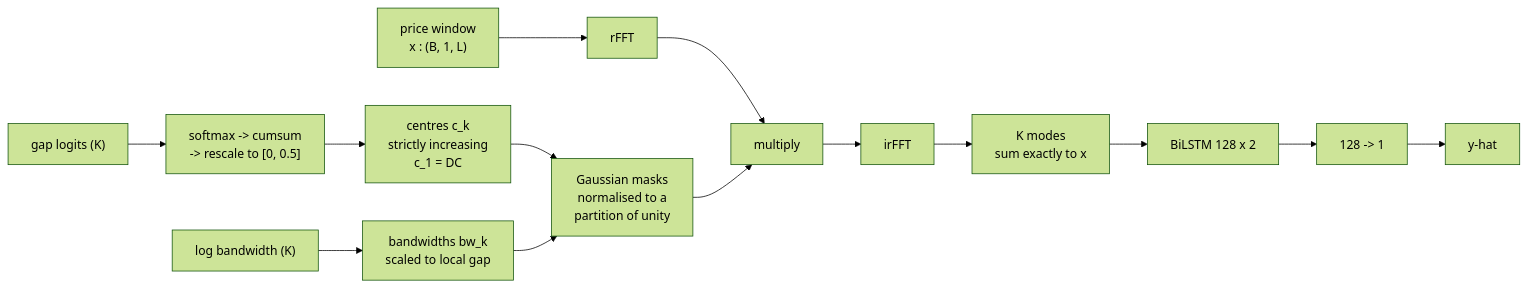
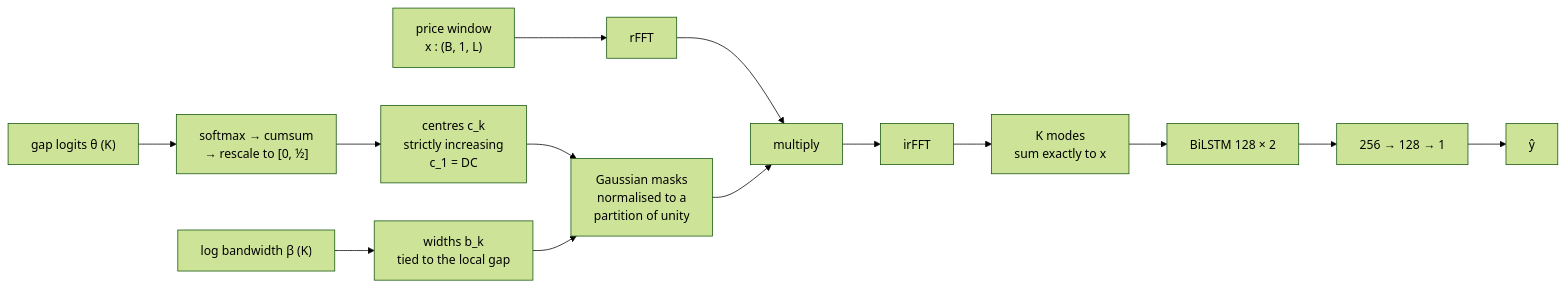
Before and after one commit to lindseyfeng/sa_market: the first of 2 diagrams in FINDINGS.md, drawn with Mermaid (forest theme). The commit also changed other lines of this file and 3 other files, not shown here.

````diff
--- a/FINDINGS.md
+++ b/FINDINGS.md
@@ -48,16 +113,16 @@
 ```mermaid
 flowchart LR
   X["price window<br/>x : (B, 1, L)"] --> F["rFFT"]
-  G["gap logits (K)"] --> SM["softmax -> cumsum<br/>-> rescale to [0, 0.5]"]
+  G["gap logits θ (K)"] --> SM["softmax → cumsum<br/>→ rescale to [0, ½]"]
   SM --> C["centres c_k<br/>strictly increasing<br/>c_1 = DC"]
-  BW["log bandwidth (K)"] --> B["bandwidths bw_k<br/>scaled to local gap"]
+  BW["log bandwidth β (K)"] --> B["widths b_k<br/>tied to the local gap"]
   C --> M["Gaussian masks<br/>normalised to a<br/>partition of unity"]
   B --> M
   F --> MUL["multiply"]
   M --> MUL
   MUL --> I["irFFT"]
   I --> Z["K modes<br/>sum exactly to x"]
-  Z --> L1["BiLSTM 128 x 2"]
-  L1 --> H["128 -> 1"]
-  H --> Y["y-hat"]
+  Z --> L1["BiLSTM 128 × 2"]
+  L1 --> H["256 → 128 → 1"]
+  H --> Y["ŷ"]
 ```
````
